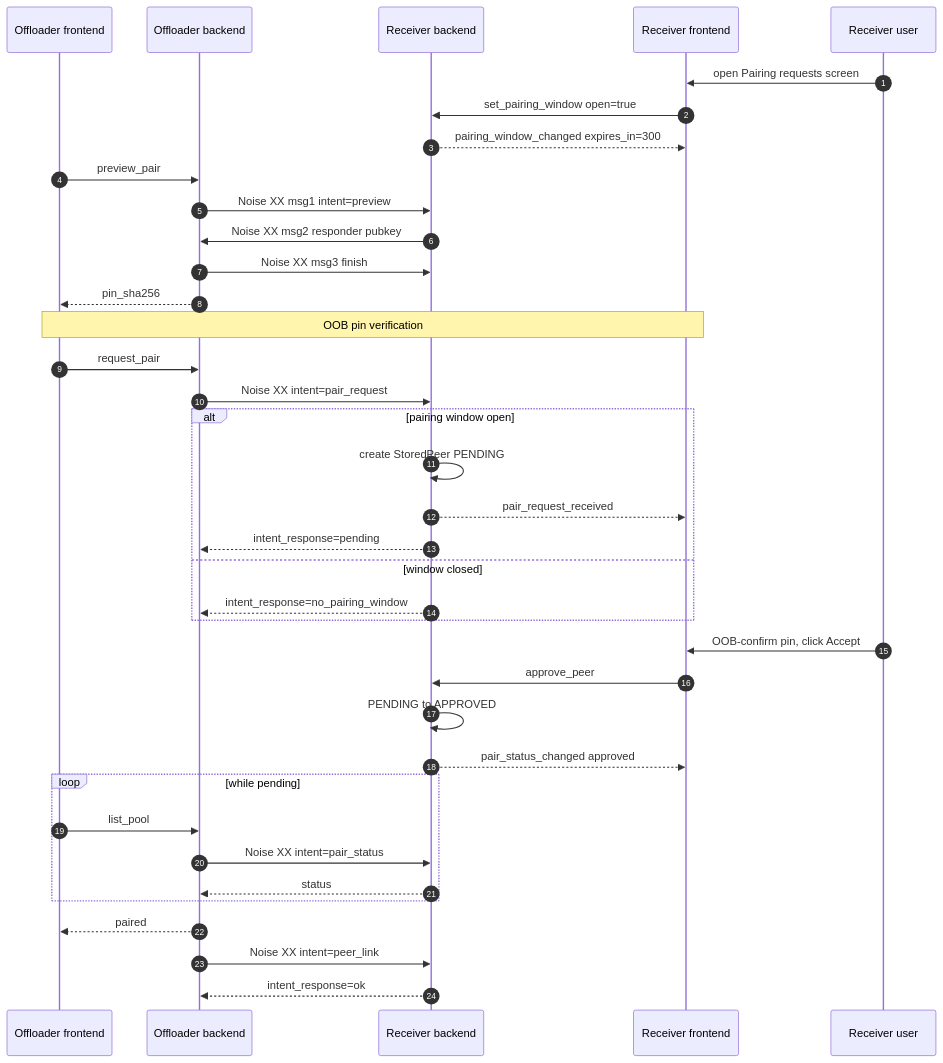
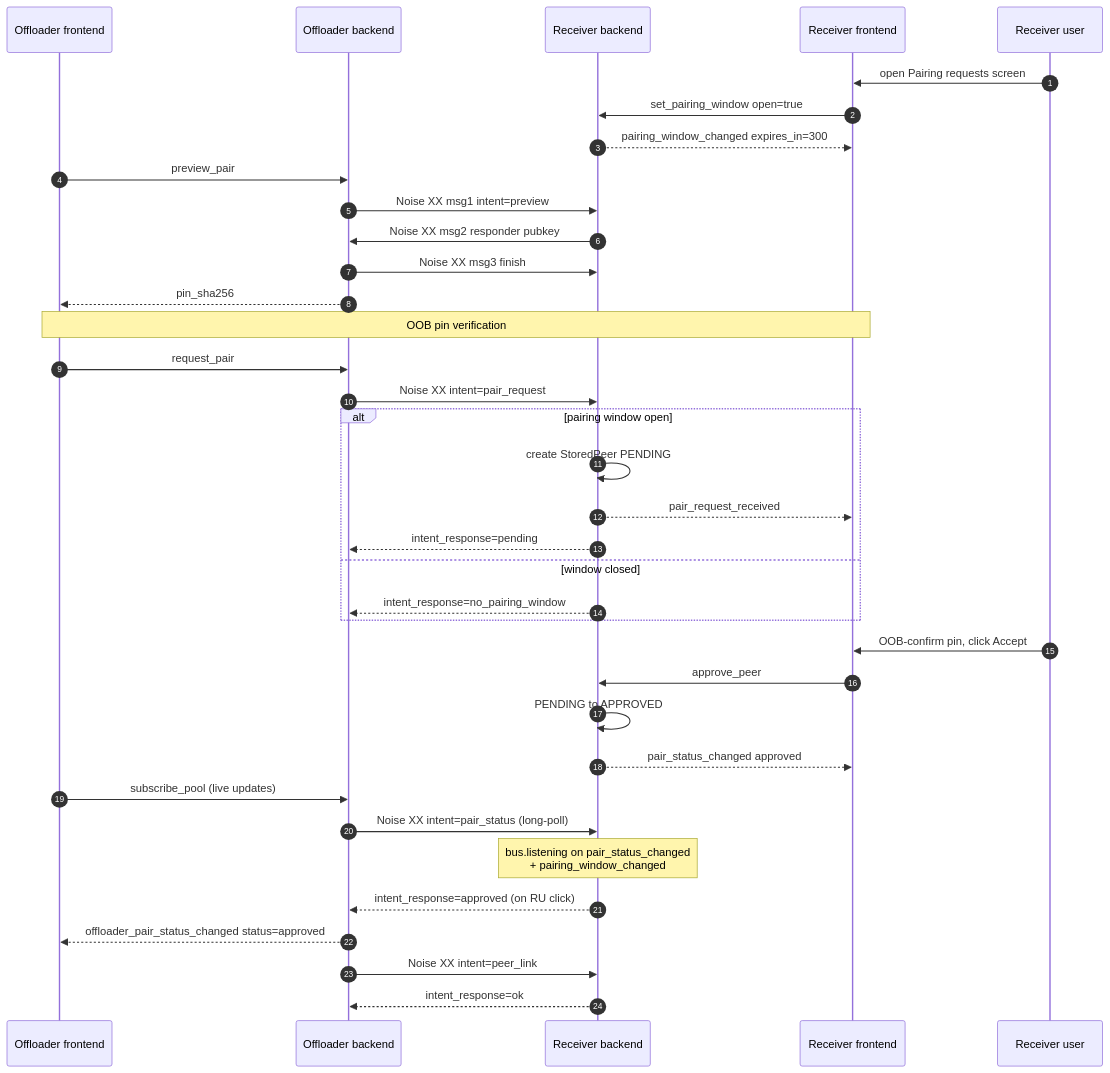
Before and after one commit to esphome/device-builder: the diagram in docs/ARCHITECTURE.md, drawn with Mermaid. The commit also changed other lines of this file and 1 other file, not shown here.

````diff
--- a/docs/ARCHITECTURE.md
+++ b/docs/ARCHITECTURE.md
@@ -280,46 +280,45 @@
 ```mermaid
 sequenceDiagram
     autonumber
     participant OF as Offloader frontend
     participant OB as Offloader backend
     participant RB as Receiver backend
     participant RF as Receiver frontend
     participant RU as Receiver user
 
     RU->>RF: open Pairing requests screen
     RF->>RB: set_pairing_window open=true
     RB-->>RF: pairing_window_changed expires_in=300
 
     OF->>OB: preview_pair
     OB->>RB: Noise XX msg1 intent=preview
     RB->>OB: Noise XX msg2 responder pubkey
     OB->>RB: Noise XX msg3 finish
     OB-->>OF: pin_sha256
 
     Note over OF,RF: OOB pin verification
 
     OF->>OB: request_pair
     OB->>RB: Noise XX intent=pair_request
     alt pairing window open
         RB->>RB: create StoredPeer PENDING
         RB-->>RF: pair_request_received
         RB-->>OB: intent_response=pending
     else window closed
         RB-->>OB: intent_response=no_pairing_window
     end
 
     RU->>RF: OOB-confirm pin, click Accept
     RF->>RB: approve_peer
     RB->>RB: PENDING to APPROVED
     RB-->>RF: pair_status_changed approved
 
-    loop while pending
-        OF->>OB: list_pool
-        OB->>RB: Noise XX intent=pair_status
-        RB-->>OB: status
-    end
-    OB-->>OF: paired
+    OF->>OB: subscribe_pool (live updates)
+    OB->>RB: Noise XX intent=pair_status (long-poll)
+    Note over RB: bus.listening on pair_status_changed<br/>+ pairing_window_changed
+    RB-->>OB: intent_response=approved (on RU click)
+    OB-->>OF: offloader_pair_status_changed status=approved
 
     OB->>RB: Noise XX intent=peer_link
     RB-->>OB: intent_response=ok
 ```
````
